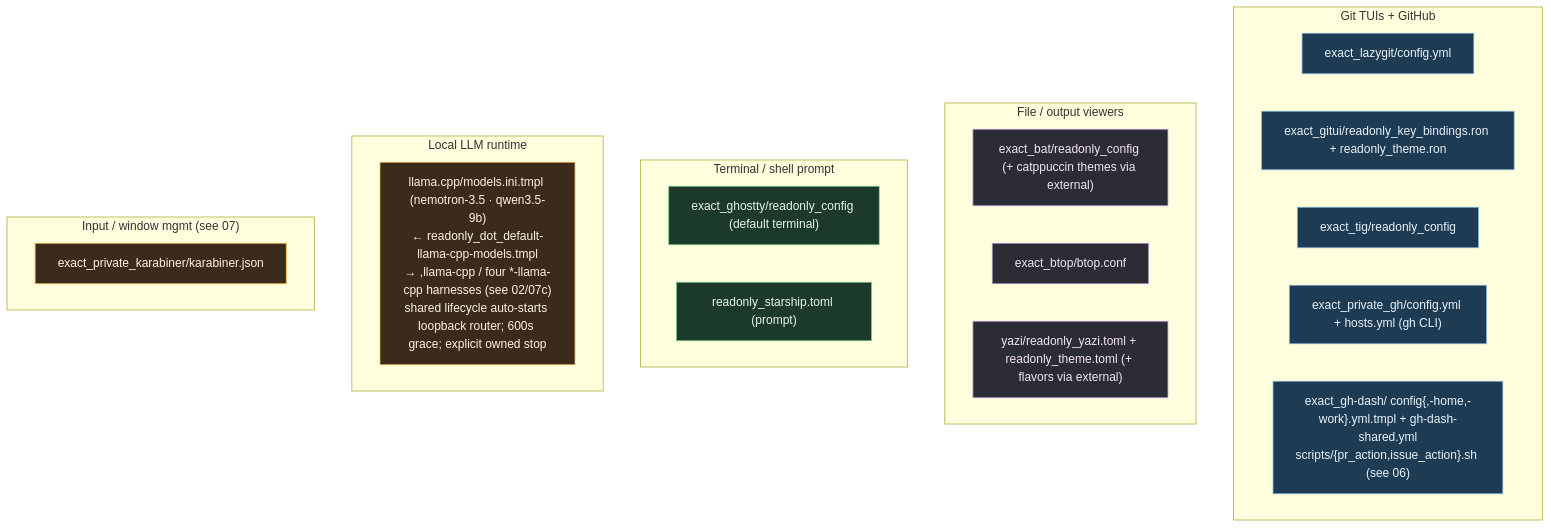
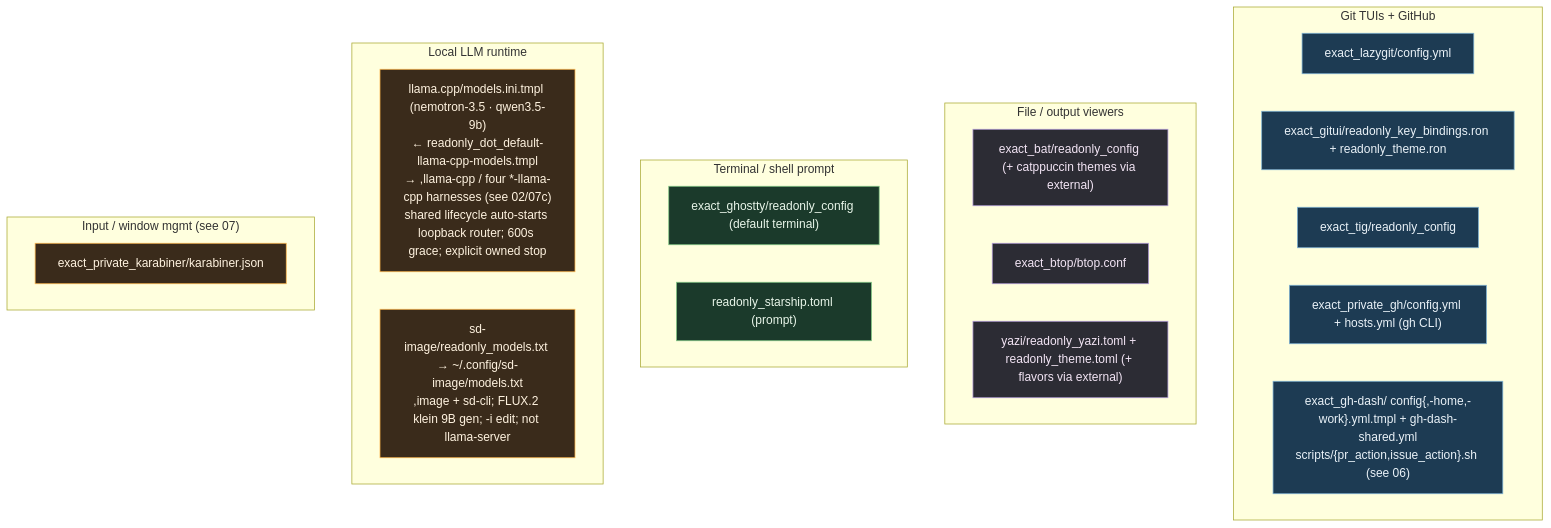
One commit to kapral18/dotfiles changed the diagram in .mermaids/13-app-configs.mmd. Above: the diagram before and after it, drawn with Mermaid. The commit also changed 42 other files, not shown here.

```diff
--- a/.mermaids/13-app-configs.mmd
+++ b/.mermaids/13-app-configs.mmd
@@ -1,37 +1,38 @@
 %% ============================================================================
 %% 13-app-configs.mmd — Remaining standalone app configs in home/dot_config/
 %% (and a couple elsewhere) not covered by tmux(05)/nvim(07b)/ai(12)/fish(07).
 %% Each → ~/.config/<app>/. readonly_ = r--r--r--; .tmpl = isWork-aware.
 %% ============================================================================
 flowchart TB
     classDef git fill:#1d3b53,stroke:#7fb3d5,color:#eaf2f8;
     classDef view fill:#2c2c34,stroke:#b39ddb,color:#f3e5f5;
     classDef term fill:#1b3a2b,stroke:#81c784,color:#e8f5e9;
     classDef misc fill:#3a2b1b,stroke:#ffb74d,color:#fff3e0;
 
     subgraph GIT["Git TUIs + GitHub"]
         LAZY["exact_lazygit/config.yml"]:::git
         GITUI["exact_gitui/readonly_key_bindings.ron + readonly_theme.ron"]:::git
         TIG["exact_tig/readonly_config"]:::git
         GHCLI["exact_private_gh/config.yml + hosts.yml (gh CLI)"]:::git
         GHDASH["exact_gh-dash/ config{,-home,-work}.yml.tmpl + gh-dash-shared.yml<br/>scripts/{pr_action,issue_action}.sh (see 06)"]:::git
     end
 
     subgraph VIEWERS["File / output viewers"]
         BAT["exact_bat/readonly_config (+ catppuccin themes via external)"]:::view
         BTOP["exact_btop/btop.conf"]:::view
         YAZI["yazi/readonly_yazi.toml + readonly_theme.toml (+ flavors via external)"]:::view
     end
 
     subgraph TERMSH["Terminal / shell prompt"]
         GHOSTTY["exact_ghostty/readonly_config (default terminal)"]:::term
         STAR["readonly_starship.toml (prompt)"]:::term
     end
 
     subgraph LOCALAI["Local LLM runtime"]
         LLAMA["llama.cpp/models.ini.tmpl (nemotron-3.5 · qwen3.5-9b)<br/>← readonly_dot_default-llama-cpp-models.tmpl<br/>→ ,llama-cpp / four *-llama-cpp harnesses (see 02/07c)<br/>shared lifecycle auto-starts loopback router; 600s grace; explicit owned stop"]:::misc
+        SDIMAGE["sd-image/readonly_models.txt → ~/.config/sd-image/models.txt<br/>,image + sd-cli; FLUX.2 klein 9B gen; -i edit; not llama-server"]:::misc
     end
 
     subgraph INPUT["Input / window mgmt (see 07)"]
         KARA["exact_private_karabiner/karabiner.json"]:::misc
     end
```
